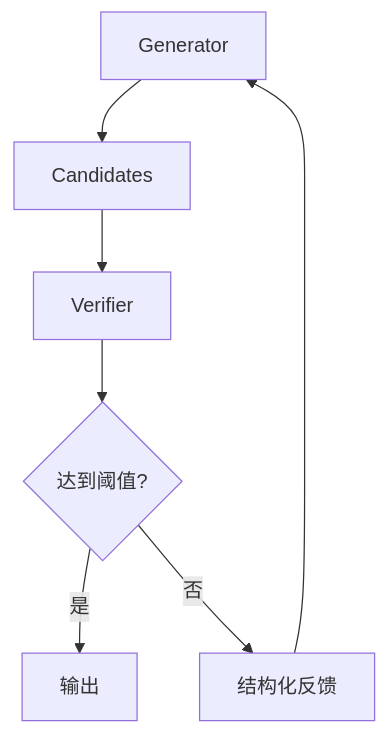
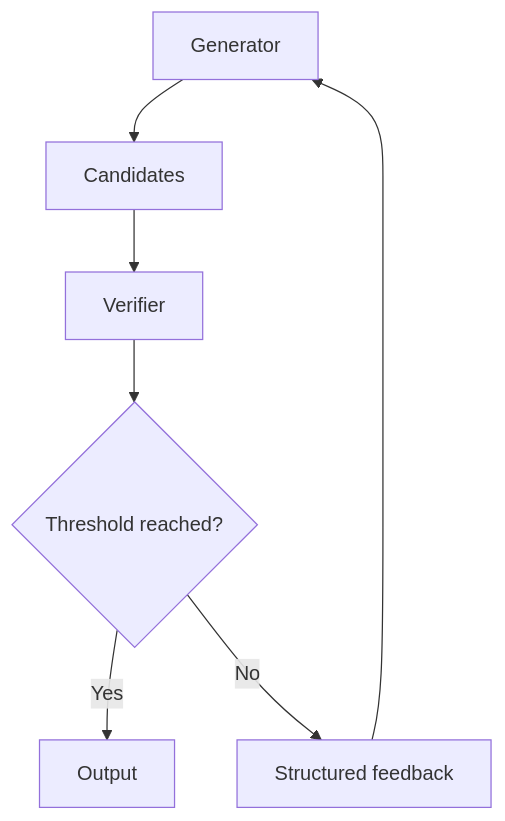
One commit to oneleaveknowsthefall/awesome-ai-roadmap changed diagram 14 of 17 in docs/agent/02-reasoning-planning/05-agent-reasoning-methods.md. Above: the diagram before and after it, drawn with Mermaid. The commit also changed other lines of this file and 68 other files, not shown here.

````diff
--- a/docs/agent/02-reasoning-planning/05-agent-reasoning-methods.md
+++ b/docs/agent/02-reasoning-planning/05-agent-reasoning-methods.md
@@ -589,9 +589,9 @@
 ```mermaid
 flowchart TB
     G[Generator] --> C[Candidates]
     C --> V[Verifier]
-    V --> PASS{达到阈值?}
-    PASS -->|是| OUT[输出]
-    PASS -->|否| FB[结构化反馈]
+    V --> PASS{Threshold reached?}
+    PASS -->|Yes| OUT[Output]
+    PASS -->|No| FB[Structured feedback]
     FB --> G
 ```
````
